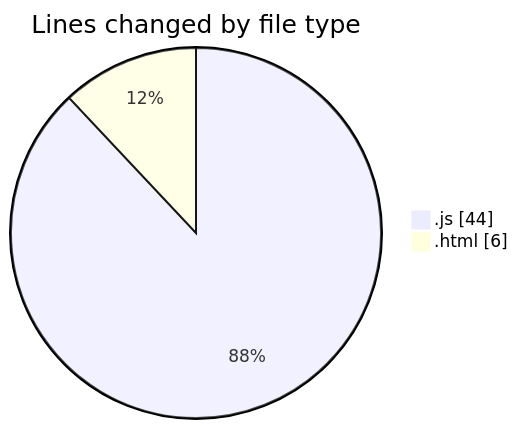
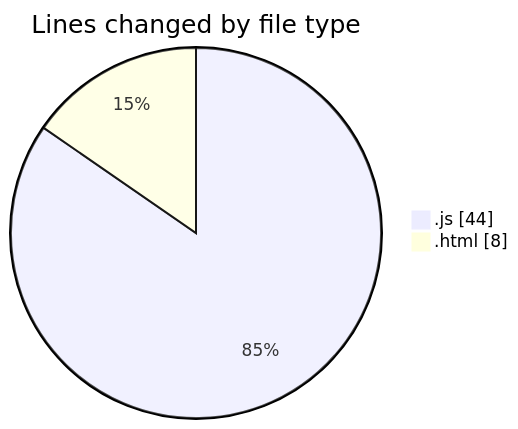
Before and after one commit to Ritupan-Deka/code-tracking: the first of 2 diagrams in 2025-01-25/projects/README.md, drawn with Mermaid. The commit also changed other lines of this file and 1 other file, not shown here.

````diff
--- a/2025-01-25/projects/README.md
+++ b/2025-01-25/projects/README.md
@@ -21,6 +21,6 @@
 ```mermaid
 pie showData
 title Lines changed by file type
 ".js" : 44
-".html" : 6
+".html" : 8
 ```
````
